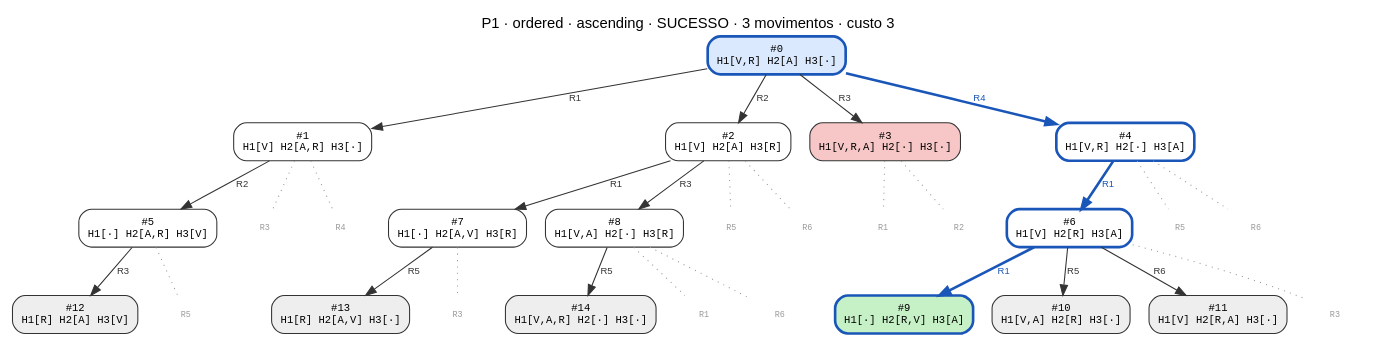
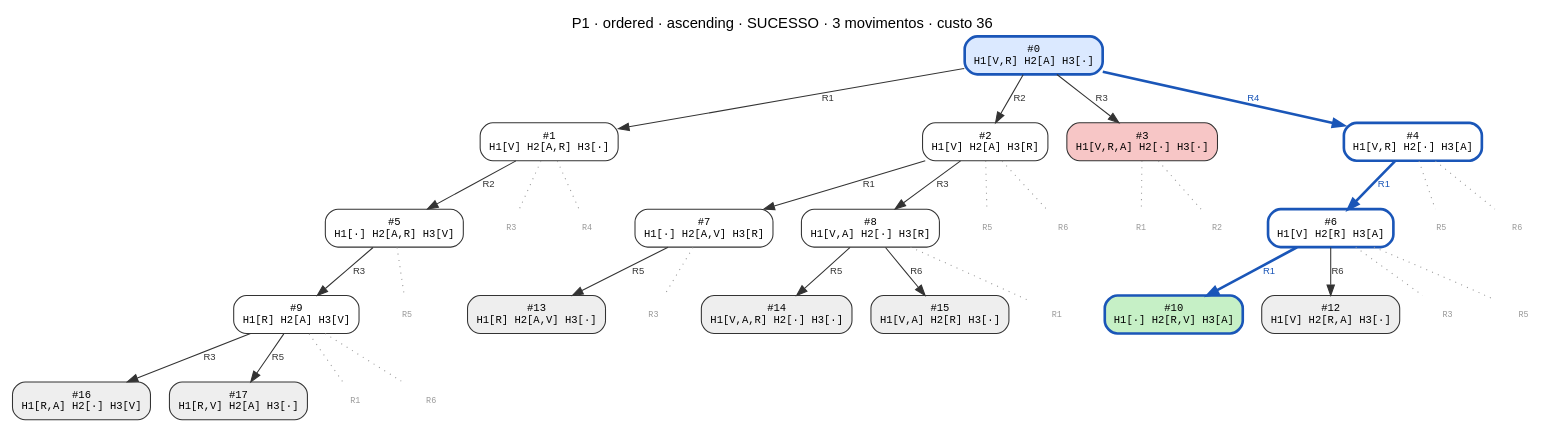
One commit to CharlesLB/dcc-014-trabalho-1 changed the diagram in data/P1/ordered_ascending.dot. Above: the diagram before and after it, drawn with Graphviz. The commit also changed 28 other files, not shown here.

```diff
--- a/data/P1/ordered_ascending.dot
+++ b/data/P1/ordered_ascending.dot
@@ -1,60 +1,68 @@
 digraph search {
-  label="P1 · ordered · ascending · SUCESSO · 3 movimentos · custo 3"; labelloc=t; fontname="Helvetica";
+  label="P1 · ordered · ascending · SUCESSO · 3 movimentos · custo 36"; labelloc=t; fontname="Helvetica";
   node [shape=box, style="rounded,filled", fontname="monospace", fontsize=10];
   edge [fontname="Helvetica", fontsize=9];
   n0 [label="#0\nH1[V,R] H2[A] H3[·]", fillcolor="#dbe9ff", color="#1a56b8", penwidth=2.5];
   n1 [label="#1\nH1[V] H2[A,R] H3[·]", fillcolor="#ffffff", color="#333333", penwidth=1];
   n0 -> n1 [label="R1", color="#333333", fontcolor="#333333", penwidth=1];
   n2 [label="#2\nH1[V] H2[A] H3[R]", fillcolor="#ffffff", color="#333333", penwidth=1];
   n0 -> n2 [label="R2", color="#333333", fontcolor="#333333", penwidth=1];
   n3 [label="#3\nH1[V,R,A] H2[·] H3[·]", fillcolor="#f7c6c6", color="#333333", penwidth=1];
   n0 -> n3 [label="R3", color="#333333", fontcolor="#333333", penwidth=1];
   n4 [label="#4\nH1[V,R] H2[·] H3[A]", fillcolor="#ffffff", color="#1a56b8", penwidth=2.5];
   n0 -> n4 [label="R4", color="#1a56b8", fontcolor="#1a56b8", penwidth=2.5];
   n5 [label="#5\nH1[·] H2[A,R] H3[V]", fillcolor="#ffffff", color="#333333", penwidth=1];
   n1 -> n5 [label="R2", color="#333333", fontcolor="#333333", penwidth=1];
   n6 [label="#6\nH1[V] H2[R] H3[A]", fillcolor="#ffffff", color="#1a56b8", penwidth=2.5];
   n4 -> n6 [label="R1", color="#1a56b8", fontcolor="#1a56b8", penwidth=2.5];
   n7 [label="#7\nH1[·] H2[A,V] H3[R]", fillcolor="#ffffff", color="#333333", penwidth=1];
   n2 -> n7 [label="R1", color="#333333", fontcolor="#333333", penwidth=1];
   n8 [label="#8\nH1[V,A] H2[·] H3[R]", fillcolor="#ffffff", color="#333333", penwidth=1];
   n2 -> n8 [label="R3", color="#333333", fontcolor="#333333", penwidth=1];
-  n9 [label="#9\nH1[·] H2[R,V] H3[A]", fillcolor="#c6f0c6", color="#1a56b8", penwidth=2.5];
-  n6 -> n9 [label="R1", color="#1a56b8", fontcolor="#1a56b8", penwidth=2.5];
-  n10 [label="#10\nH1[V,A] H2[R] H3[·]", fillcolor="#eeeeee", color="#333333", penwidth=1];
-  n6 -> n10 [label="R5", color="#333333", fontcolor="#333333", penwidth=1];
-  n11 [label="#11\nH1[V] H2[R,A] H3[·]", fillcolor="#eeeeee", color="#333333", penwidth=1];
-  n6 -> n11 [label="R6", color="#333333", fontcolor="#333333", penwidth=1];
-  n12 [label="#12\nH1[R] H2[A] H3[V]", fillcolor="#eeeeee", color="#333333", penwidth=1];
-  n5 -> n12 [label="R3", color="#333333", fontcolor="#333333", penwidth=1];
+  n9 [label="#9\nH1[R] H2[A] H3[V]", fillcolor="#ffffff", color="#333333", penwidth=1];
+  n5 -> n9 [label="R3", color="#333333", fontcolor="#333333", penwidth=1];
+  n10 [label="#10\nH1[·] H2[R,V] H3[A]", fillcolor="#c6f0c6", color="#1a56b8", penwidth=2.5];
+  n6 -> n10 [label="R1", color="#1a56b8", fontcolor="#1a56b8", penwidth=2.5];
+  n12 [label="#12\nH1[V] H2[R,A] H3[·]", fillcolor="#eeeeee", color="#333333", penwidth=1];
+  n6 -> n12 [label="R6", color="#333333", fontcolor="#333333", penwidth=1];
   n13 [label="#13\nH1[R] H2[A,V] H3[·]", fillcolor="#eeeeee", color="#333333", penwidth=1];
   n7 -> n13 [label="R5", color="#333333", fontcolor="#333333", penwidth=1];
   n14 [label="#14\nH1[V,A,R] H2[·] H3[·]", fillcolor="#eeeeee", color="#333333", penwidth=1];
   n8 -> n14 [label="R5", color="#333333", fontcolor="#333333", penwidth=1];
+  n15 [label="#15\nH1[V,A] H2[R] H3[·]", fillcolor="#eeeeee", color="#333333", penwidth=1];
+  n8 -> n15 [label="R6", color="#333333", fontcolor="#333333", penwidth=1];
+  n16 [label="#16\nH1[R,A] H2[·] H3[V]", fillcolor="#eeeeee", color="#333333", penwidth=1];
+  n9 -> n16 [label="R3", color="#333333", fontcolor="#333333", penwidth=1];
+  n17 [label="#17\nH1[R,V] H2[A] H3[·]", fillcolor="#eeeeee", color="#333333", penwidth=1];
+  n9 -> n17 [label="R5", color="#333333", fontcolor="#333333", penwidth=1];
   p1_R3 [label="R3", shape=plaintext, style=solid, fontcolor="#999999", fontsize=8];
   n1 -> p1_R3 [style=dotted, color="#999999", arrowhead=none];
   p1_R4 [label="R4", shape=plaintext, style=solid, fontcolor="#999999", fontsize=8];
   n1 -> p1_R4 [style=dotted, color="#999999", arrowhead=none];
   p3_R1 [label="R1", shape=plaintext, style=solid, fontcolor="#999999", fontsize=8];
   n3 -> p3_R1 [style=dotted, color="#999999", arrowhead=none];
   p3_R2 [label="R2", shape=plaintext, style=solid, fontcolor="#999999", fontsize=8];
   n3 -> p3_R2 [style=dotted, color="#999999", arrowhead=none];
   p4_R5 [label="R5", shape=plaintext, style=solid, fontcolor="#999999", fontsize=8];
   n4 -> p4_R5 [style=dotted, color="#999999", arrowhead=none];
   p4_R6 [label="R6", shape=plaintext, style=solid, fontcolor="#999999", fontsize=8];
   n4 -> p4_R6 [style=dotted, color="#999999", arrowhead=none];
   p2_R5 [label="R5", shape=plaintext, style=solid, fontcolor="#999999", fontsize=8];
   n2 -> p2_R5 [style=dotted, color="#999999", arrowhead=none];
   p2_R6 [label="R6", shape=plaintext, style=solid, fontcolor="#999999", fontsize=8];
   n2 -> p2_R6 [style=dotted, color="#999999", arrowhead=none];
+  p5_R5 [label="R5", shape=plaintext, style=solid, fontcolor="#999999", fontsize=8];
+  n5 -> p5_R5 [style=dotted, color="#999999", arrowhead=none];
   p6_R3 [label="R3", shape=plaintext, style=solid, fontcolor="#999999", fontsize=8];
   n6 -> p6_R3 [style=dotted, color="#999999", arrowhead=none];
-  p5_R5 [label="R5", shape=plaintext, style=solid, fontcolor="#999999", fontsize=8];
-  n5 -> p5_R5 [style=dotted, color="#999999", arrowhead=none];
   p7_R3 [label="R3", shape=plaintext, style=solid, fontcolor="#999999", fontsize=8];
   n7 -> p7_R3 [style=dotted, color="#999999", arrowhead=none];
   p8_R1 [label="R1", shape=plaintext, style=solid, fontcolor="#999999", fontsize=8];
   n8 -> p8_R1 [style=dotted, color="#999999", arrowhead=none];
-  p8_R6 [label="R6", shape=plaintext, style=solid, fontcolor="#999999", fontsize=8];
-  n8 -> p8_R6 [style=dotted, color="#999999", arrowhead=none];
+  p6_R5 [label="R5", shape=plaintext, style=solid, fontcolor="#999999", fontsize=8];
+  n6 -> p6_R5 [style=dotted, color="#999999", arrowhead=none];
+  p9_R1 [label="R1", shape=plaintext, style=solid, fontcolor="#999999", fontsize=8];
+  n9 -> p9_R1 [style=dotted, color="#999999", arrowhead=none];
+  p9_R6 [label="R6", shape=plaintext, style=solid, fontcolor="#999999", fontsize=8];
+  n9 -> p9_R6 [style=dotted, color="#999999", arrowhead=none];
 }
```
